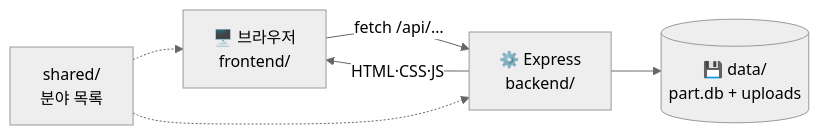
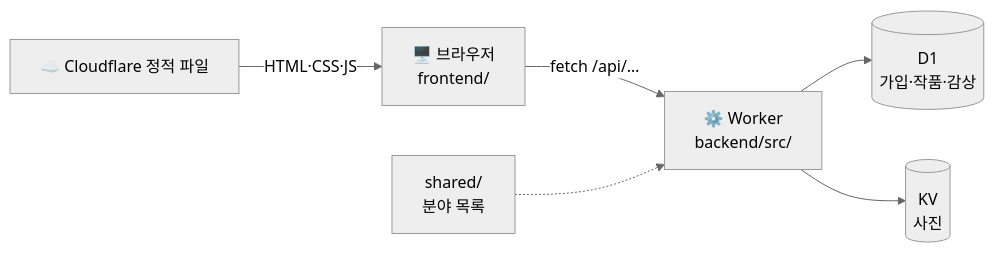
One commit to 10x4hs/p-art changed the diagram in README.md. Above: the diagram before and after it, drawn with Mermaid (neutral theme). The commit also changed other lines of this file and 5 other files, not shown here.

````diff
--- a/README.md
+++ b/README.md
@@ -28,7 +28,8 @@
 ```mermaid
 flowchart LR
-  B["🖥️ 브라우저<br/>frontend/"] -- "fetch /api/…" --> S["⚙️ Express<br/>backend/"]
-  S -- "HTML·CSS·JS" --> B
-  S --> D[("💾 data/<br/>part.db + uploads")]
-  SH["shared/<br/>분야 목록"] -.-> B & S
+  B["🖥️ 브라우저<br/>frontend/"] -- "fetch /api/…" --> W["⚙️ Worker<br/>backend/src/"]
+  CF["☁️ Cloudflare 정적 파일"] -- "HTML·CSS·JS" --> B
+  W --> D1[("D1<br/>가입·작품·감상")]
+  W --> KV[("KV<br/>사진")]
+  SH["shared/<br/>분야 목록"] -.-> W
 ```
````
